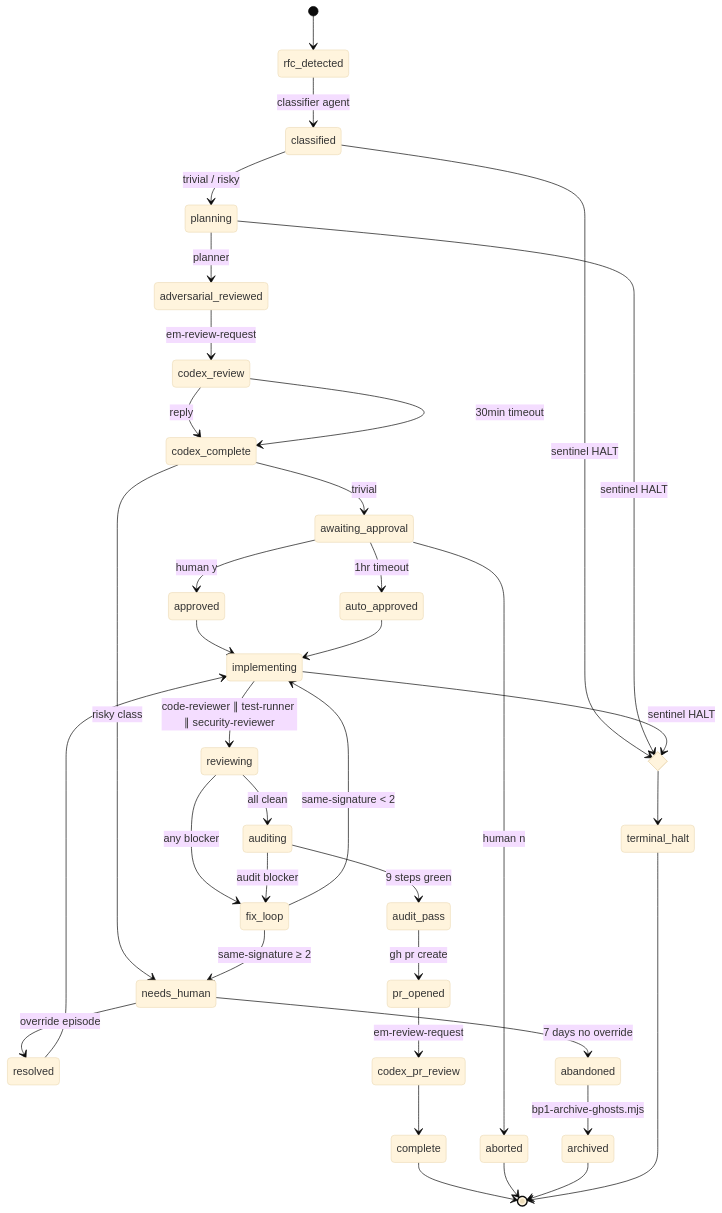
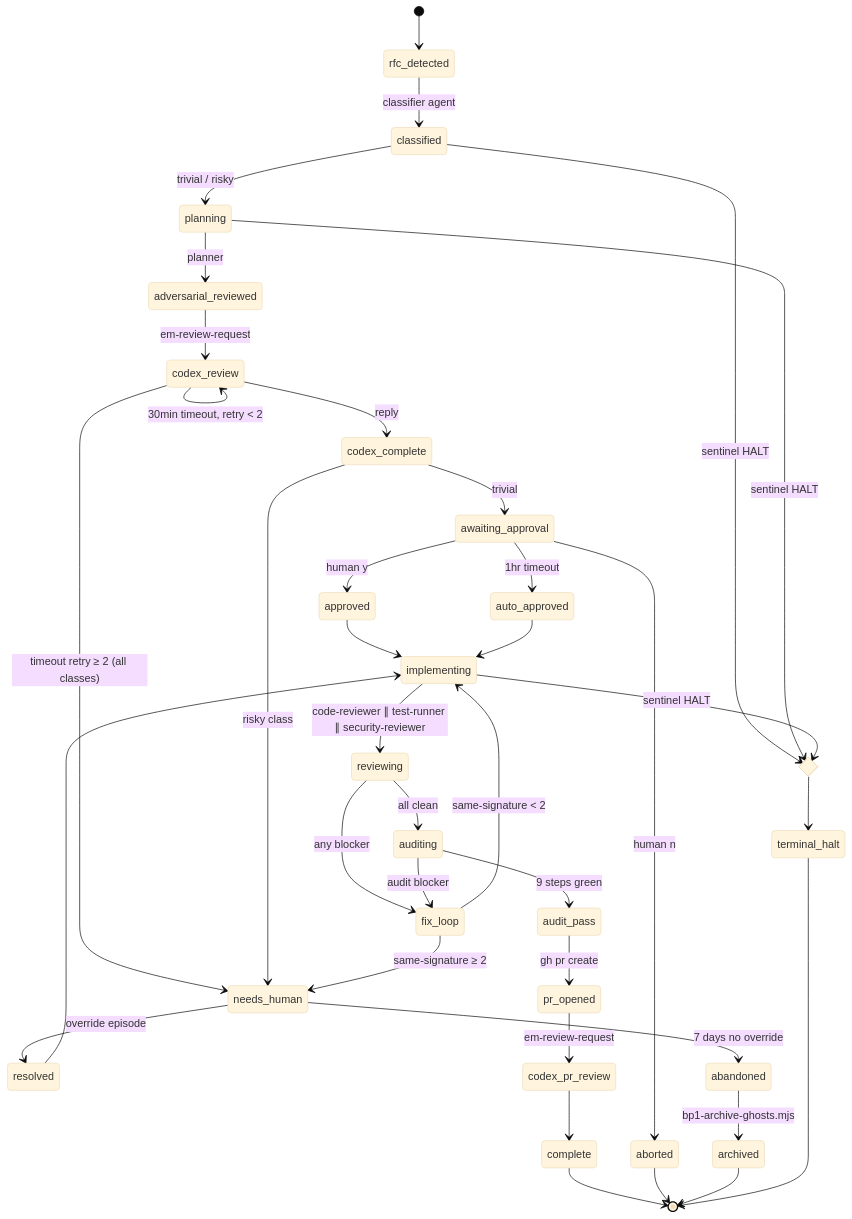
The second of 7 diagrams in docs/rfcs/RFC-004-bp1-auto-pilot.md (lantisprime/episodic-memory), drawn with Mermaid (base theme) before and after one commit. The commit also changed other lines of this file, not shown here.

First line of the commit message:
docs(rfc-004): address Codex round-2 findings — v3.1 → v3.2

````diff
--- a/docs/rfcs/RFC-004-bp1-auto-pilot.md
+++ b/docs/rfcs/RFC-004-bp1-auto-pilot.md
@@ -157,41 +206,42 @@
 ```mermaid
 stateDiagram-v2
     [*] --> rfc_detected
     rfc_detected --> classified: classifier agent
     classified --> planning: trivial / risky
     planning --> adversarial_reviewed: planner
     adversarial_reviewed --> codex_review: em-review-request
     codex_review --> codex_complete: reply
-    codex_review --> codex_complete: 30min timeout
+    codex_review --> codex_review: 30min timeout, retry < 2
+    codex_review --> needs_human: timeout retry ≥ 2 (all classes)
     codex_complete --> awaiting_approval: trivial
     codex_complete --> needs_human: risky class
     awaiting_approval --> approved: human y
     awaiting_approval --> auto_approved: 1hr timeout
     awaiting_approval --> aborted: human n
     approved --> implementing
     auto_approved --> implementing
     needs_human --> resolved: override episode
     needs_human --> abandoned: 7 days no override
     resolved --> implementing
     implementing --> reviewing: code-reviewer ∥ test-runner ∥ security-reviewer
     reviewing --> fix_loop: any blocker
     reviewing --> auditing: all clean
     fix_loop --> implementing: same-signature < 2
     fix_loop --> needs_human: same-signature ≥ 2
     auditing --> audit_pass: 9 steps green
     auditing --> fix_loop: audit blocker
     audit_pass --> pr_opened: gh pr create
     pr_opened --> codex_pr_review: em-review-request
     codex_pr_review --> complete
     complete --> [*]
     aborted --> [*]
     abandoned --> archived: bp1-archive-ghosts.mjs
     archived --> [*]
 
     state halted <<choice>>
     classified --> halted: sentinel HALT
     planning --> halted: sentinel HALT
     implementing --> halted: sentinel HALT
     halted --> terminal_halt
     terminal_halt --> [*]
 ```
````
